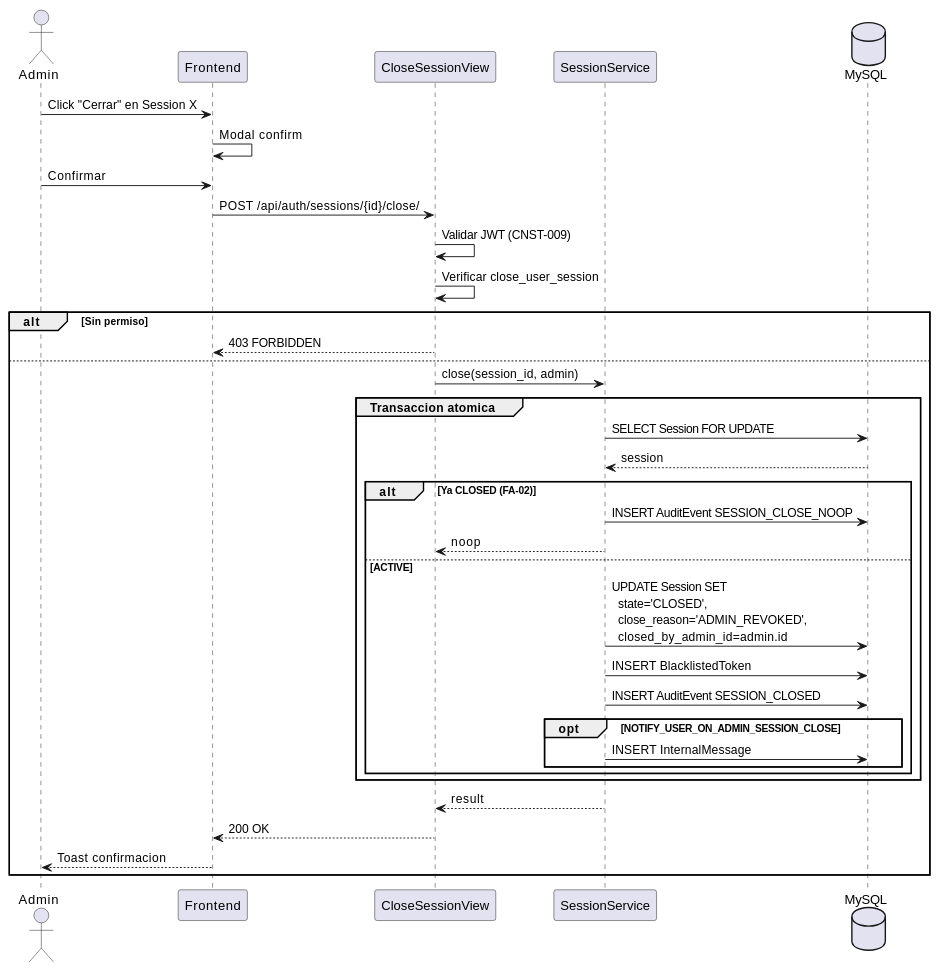
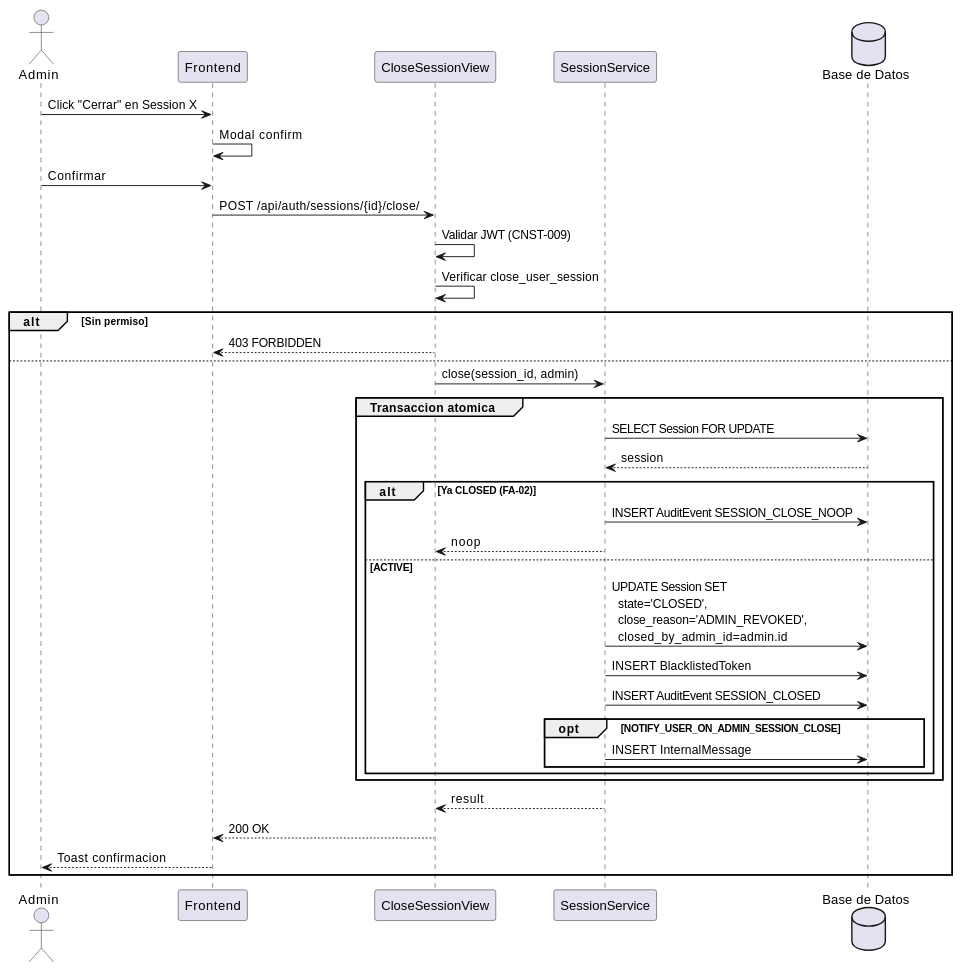
Before and after one commit to jcg-admin/IACT-docs: the second of 4 diagrams in source/requisitos/casos-uso/auth/uc-auth-05/diagramas-uml.rst, drawn with PlantUML. The commit also changed 48 other files, not shown here.

```diff
--- a/source/requisitos/casos-uso/auth/uc-auth-05/diagramas-uml.rst
+++ b/source/requisitos/casos-uso/auth/uc-auth-05/diagramas-uml.rst
@@ -48,44 +48,44 @@
 .. uml::
  :caption: UC_AUTH_05 sub-flujo 3.B
 
  @startuml
 
  actor Admin as A
  participant "Frontend" as FE
  participant "CloseSessionView" as CV
  participant "SessionService" as SS
- database "MySQL" as DB
+ database "Base de Datos" as DB
 
  A -> FE: Click "Cerrar" en Session X
  FE -> FE: Modal confirm
  A -> FE: Confirmar
  FE -> CV: POST /api/auth/sessions/{id}/close/
  CV -> CV: Validar JWT (CNST-009)
  CV -> CV: Verificar close_user_session
  alt Sin permiso
    CV --> FE: 403 FORBIDDEN
  else
    CV -> SS: close(session_id, admin)
 
    group Transaccion atomica
      SS -> DB: SELECT Session FOR UPDATE
      DB --> SS: session
      alt Ya CLOSED (FA-02)
        SS -> DB: INSERT AuditEvent SESSION_CLOSE_NOOP
        SS --> CV: noop
      else ACTIVE
        SS -> DB: UPDATE Session SET\n  state='CLOSED',\n  close_reason='ADMIN_REVOKED',\n  closed_by_admin_id=admin.id
        SS -> DB: INSERT BlacklistedToken
        SS -> DB: INSERT AuditEvent SESSION_CLOSED
        opt NOTIFY_USER_ON_ADMIN_SESSION_CLOSE
          SS -> DB: INSERT InternalMessage
        end
      end
    end
 
    SS --> CV: result
    CV --> FE: 200 OK
    FE --> A: Toast confirmacion
  end
 
  @enduml
```
